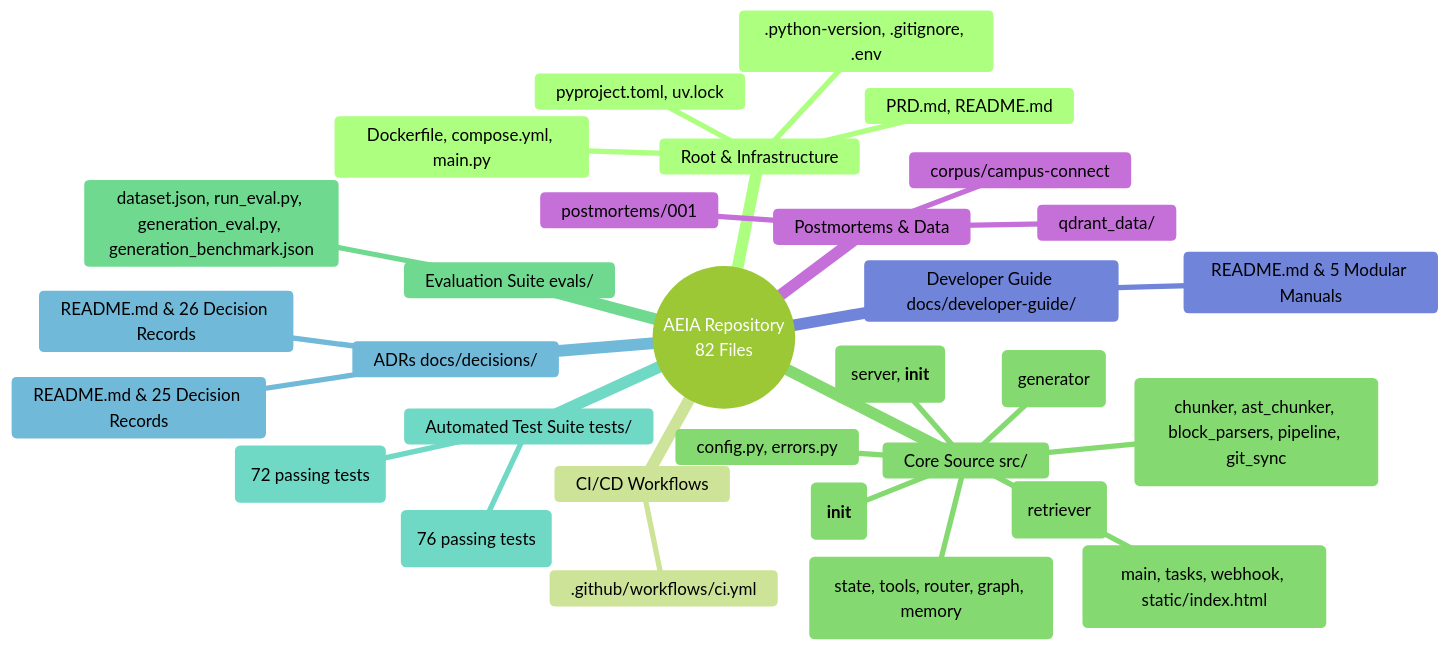
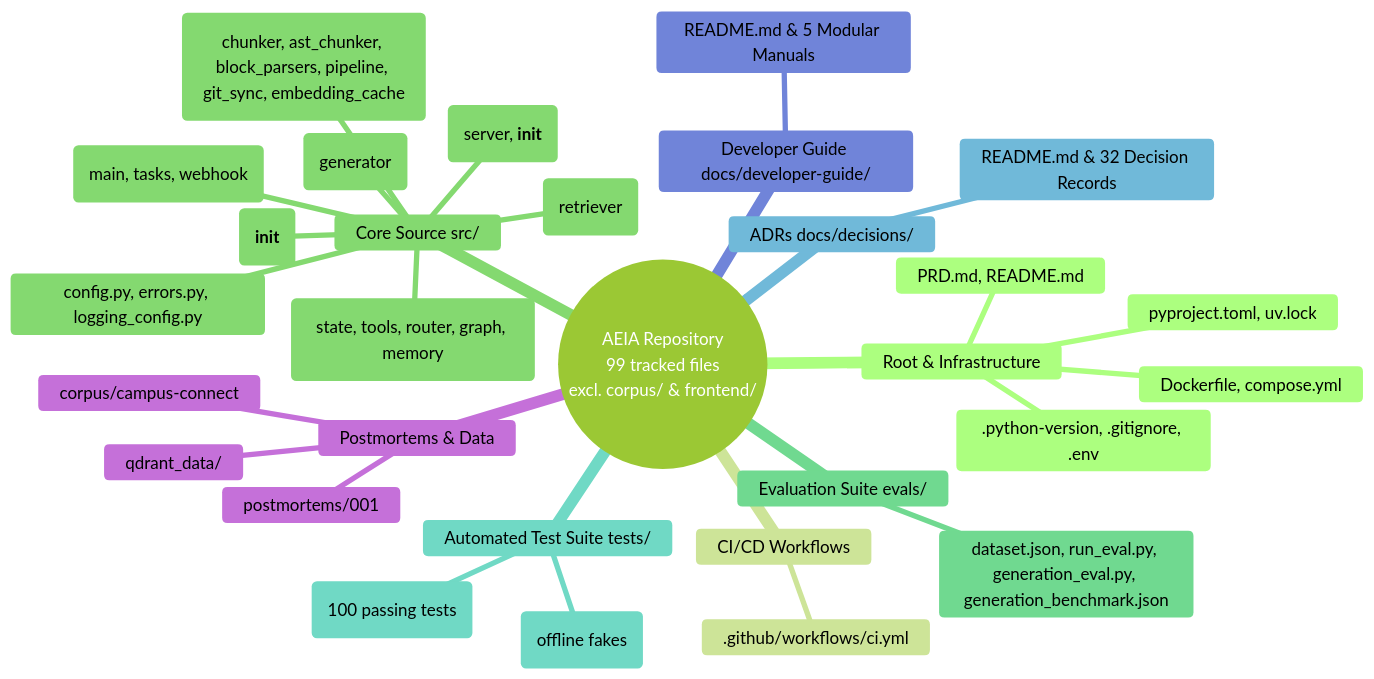
One commit to krotrn/campus-connect-ai changed the diagram in docs/developer-guide/03-file-by-file-mastery-catalog.md. Above: the diagram before and after it, drawn with Mermaid (forest theme). The commit also changed other lines of this file and 5 other files, not shown here.

````diff
--- a/docs/developer-guide/03-file-by-file-mastery-catalog.md
+++ b/docs/developer-guide/03-file-by-file-mastery-catalog.md
@@ -15,34 +15,33 @@
 ```mermaid
 mindmap
-  root((AEIA Repository<br/>82 Files))
+  root((AEIA Repository<br/>99 tracked files<br/>excl. corpus/ & frontend/))
     Root & Infrastructure
       pyproject.toml, uv.lock
       .python-version, .gitignore, .env
-      Dockerfile, compose.yml, main.py
+      Dockerfile, compose.yml
       PRD.md, README.md
     CI/CD Workflows
       .github/workflows/ci.yml
     Core Source src/
-      config.py, errors.py
-      ingestion/ (chunker, ast_chunker, block_parsers, pipeline, git_sync)
+      config.py, errors.py, logging_config.py
+      ingestion/ (chunker, ast_chunker, block_parsers, pipeline, git_sync, embedding_cache)
       retrieval/ (retriever)
       generation/ (generator)
       observability/ (__init__)
       agent/ (state, tools, router, graph, memory)
       mcp/ (server, __init__)
-      api/ (main, tasks, webhook, static/index.html)
+      api/ (main, tasks, webhook)
     Evaluation Suite evals/
       dataset.json, run_eval.py, generation_eval.py, generation_benchmark.json
     Automated Test Suite tests/
-      14 Test Suites (72 passing tests)
-      15 Test Suites (76 passing tests)
+      conftest.py (offline fakes)
+      17 Test Modules (100 passing tests)
     ADRs docs/decisions/
-      README.md & 25 Decision Records
-      README.md & 26 Decision Records
+      README.md & 32 Decision Records
     Developer Guide docs/developer-guide/
       README.md & 5 Modular Manuals
     Postmortems & Data
       postmortems/001
       corpus/campus-connect
       qdrant_data/
 ```
````
